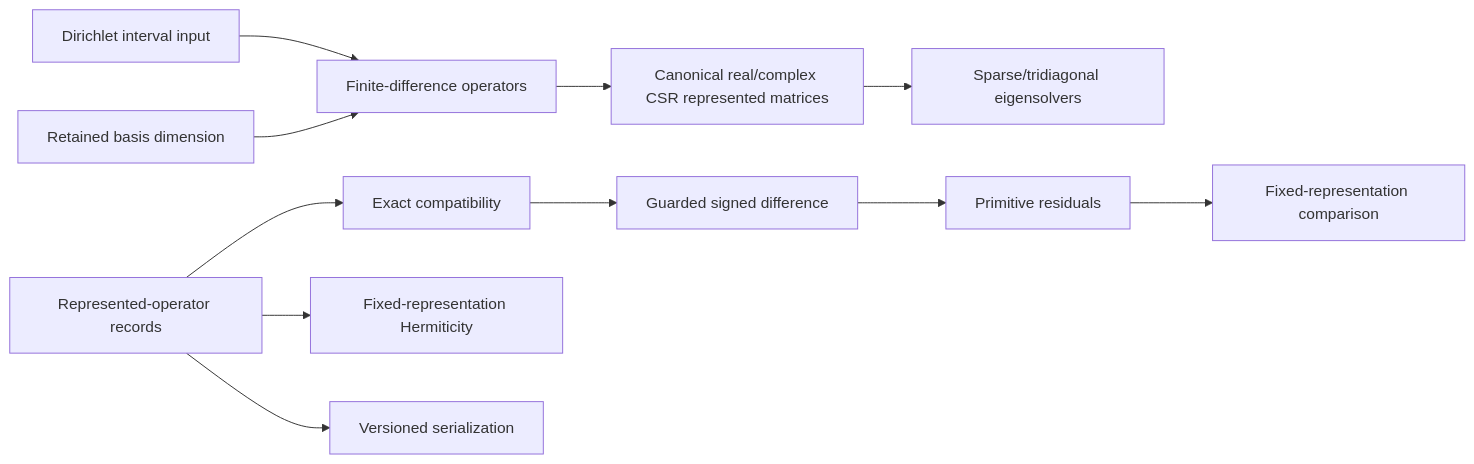
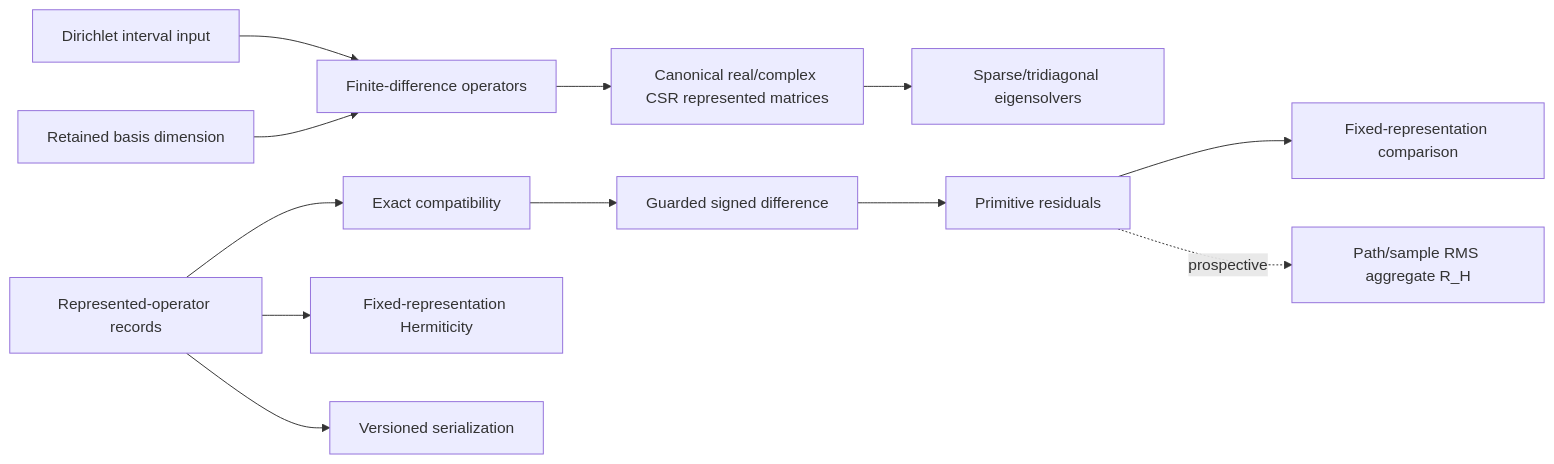
One commit to eragasa/ksdft2effmass changed the diagram in docs/architecture/v2/ksdft2effmass/operators/index.md. Above: the diagram before and after it, drawn with Mermaid. The commit also changed other lines of this file and 35 other files, not shown here.

Commit message:
docs(model-adequacy): define hopping-shell hierarchy architecture

````diff
--- a/docs/architecture/v2/ksdft2effmass/operators/index.md
+++ b/docs/architecture/v2/ksdft2effmass/operators/index.md
@@ -35,13 +35,14 @@
 ```mermaid
 flowchart LR
     interval["Dirichlet interval input"] --> construction["Finite-difference operators"]
     ladder["Retained basis dimension"] --> construction
     construction --> matrices["Canonical real/complex CSR represented matrices"]
     matrices --> sparse_solver["Sparse/tridiagonal eigensolvers"]
     records["Represented-operator records"] --> compatibility["Exact compatibility"]
     records --> hermiticity["Fixed-representation Hermiticity"]
     compatibility --> difference["Guarded signed difference"]
     difference --> residuals["Primitive residuals"]
     residuals --> comparison["Fixed-representation comparison"]
+    residuals -. prospective .-> aggregate["Path/sample RMS aggregate R_H"]
     records --> serialization["Versioned serialization"]
 ```
````
